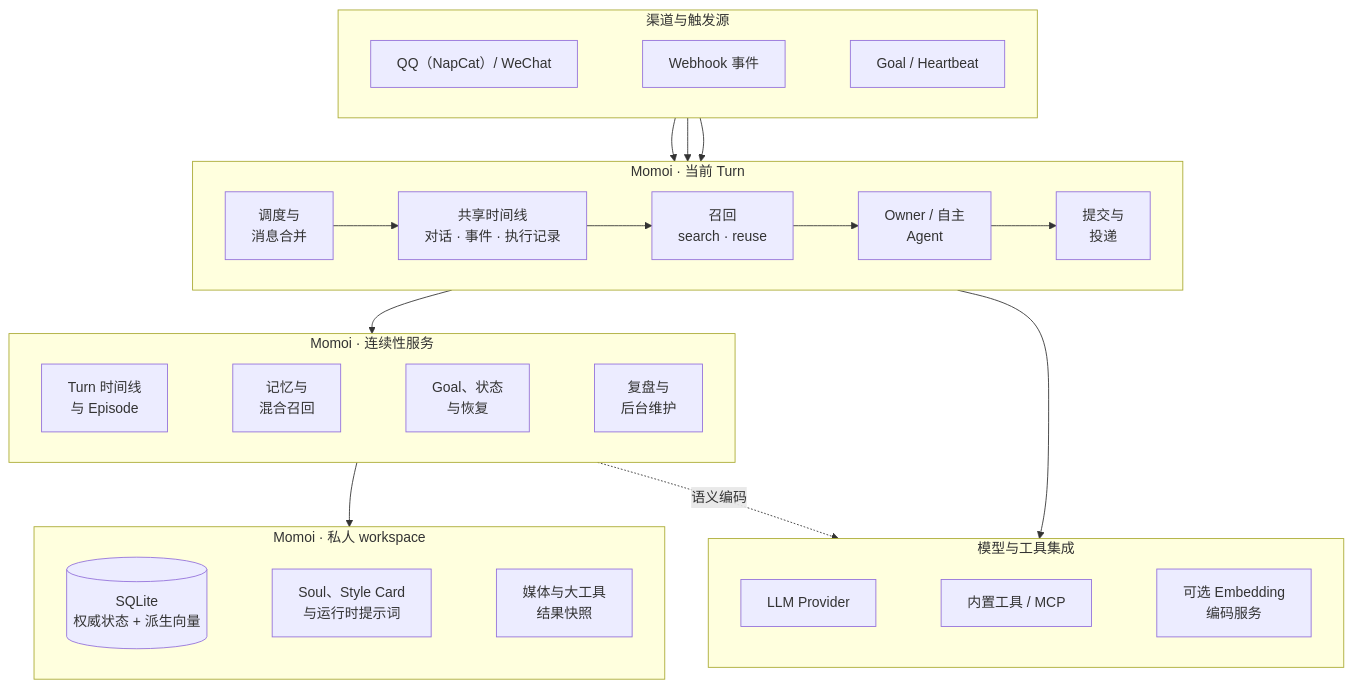
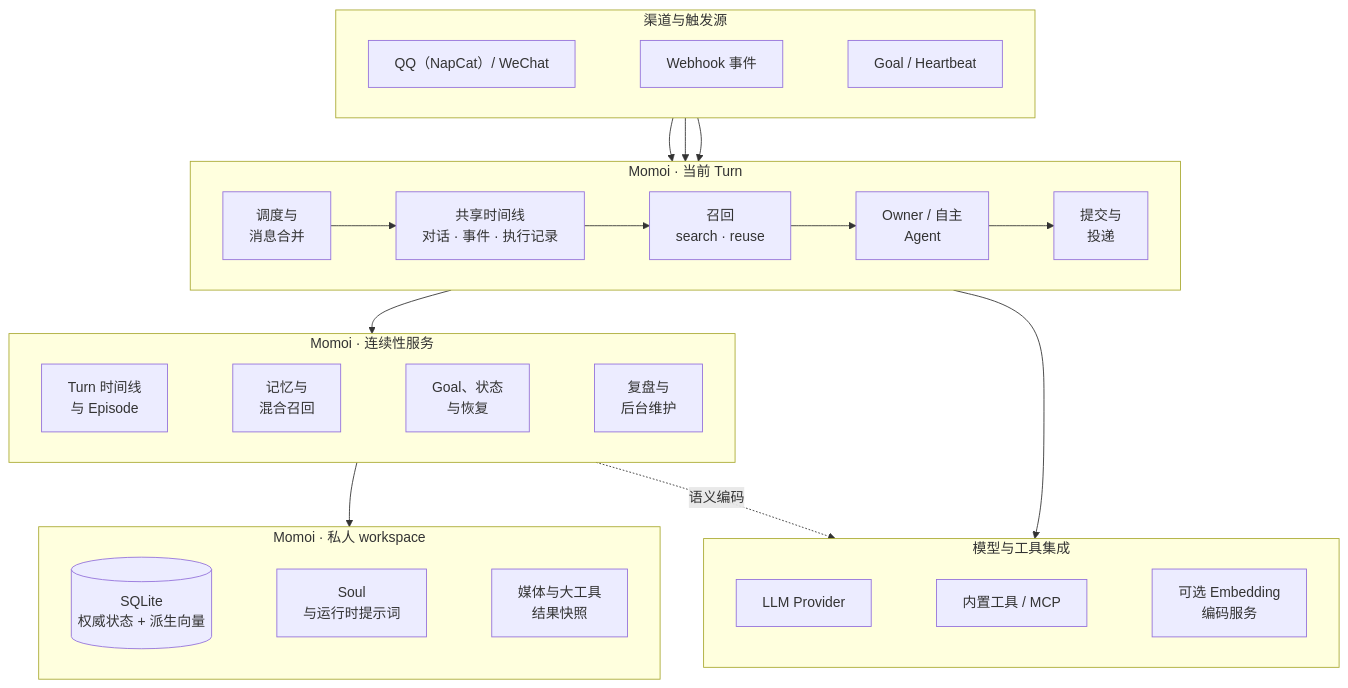
One commit to RicterZ/Momoi changed the first of 2 diagrams in README.zh-CN.md. Above: the diagram before and after it, drawn with Mermaid. The commit also changed other lines of this file and 10 other files, not shown here.

Commit message:
Make role play Soul-driven and remove the shared style card

````diff
--- a/README.zh-CN.md
+++ b/README.zh-CN.md
@@ -38,53 +38,53 @@
 ```mermaid
 flowchart TB
   subgraph triggers["渠道与触发源"]
     direction LR
     chat["QQ（NapCat）/ WeChat"]
     webhook["Webhook 事件"]
     clock["Goal / Heartbeat"]
     chat ~~~ webhook ~~~ clock
   end
 
   subgraph active["Momoi · 当前 Turn"]
     direction LR
     intake["调度与<br/>消息合并"]
     transcript["共享时间线<br/>对话 · 事件 · 执行记录"]
     context["召回<br/>search · reuse"]
     agent["Owner / 自主<br/>Agent"]
     delivery["提交与<br/>投递"]
     intake --> transcript --> context --> agent --> delivery
   end
 
   subgraph continuity["Momoi · 连续性服务"]
     direction LR
     timeline["Turn 时间线<br/>与 Episode"]
     memory["记忆与<br/>混合召回"]
     time["Goal、状态<br/>与恢复"]
     upkeep["复盘与<br/>后台维护"]
     timeline ~~~ memory ~~~ time ~~~ upkeep
   end
 
   subgraph workspace["Momoi · 私人 workspace"]
     direction LR
     sqlite[("SQLite<br/>权威状态 + 派生向量")]
-    prompts["Soul、Style Card<br/>与运行时提示词"]
+    prompts["Soul<br/>与运行时提示词"]
     files["媒体与大工具<br/>结果快照"]
     sqlite ~~~ prompts ~~~ files
   end
 
   subgraph external["模型与工具集成"]
     direction LR
     llm["LLM Provider"]
     tools["内置工具 / MCP"]
     embedding["可选 Embedding<br/>编码服务"]
     llm ~~~ tools ~~~ embedding
   end
 
   chat --> intake
   webhook --> intake
   clock --> intake
   active --> continuity
   continuity --> workspace
   active --> external
   continuity -. "语义编码" .-> external
 ```
````
